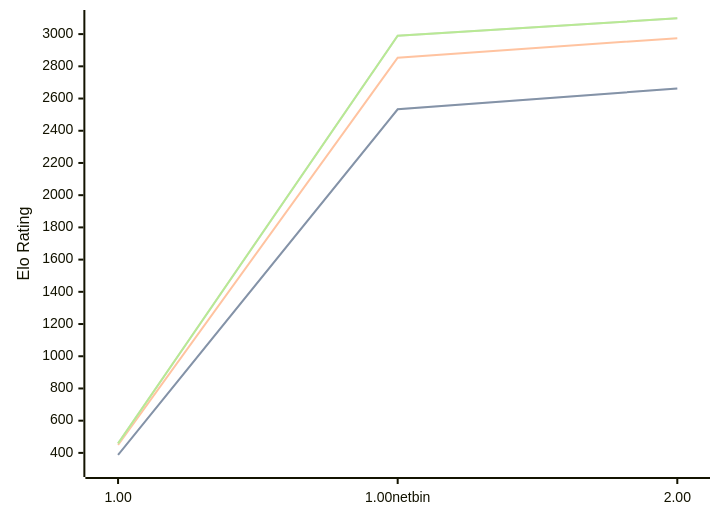
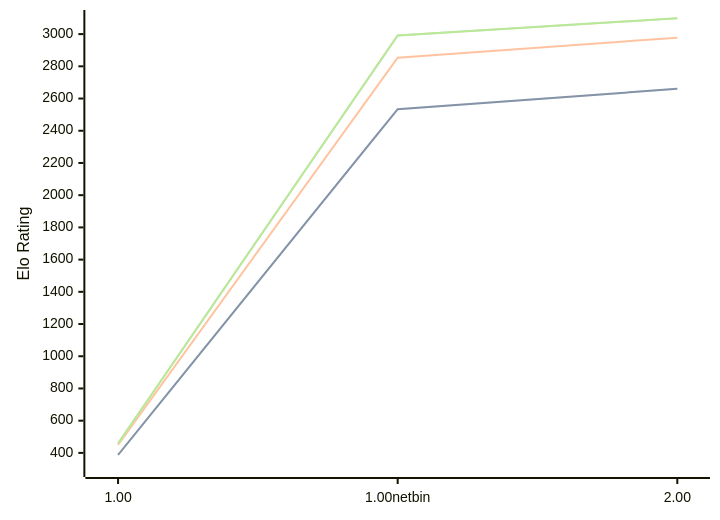
One commit to computer-chess-index/cci changed the third of 3 diagrams in engines/Gilipol.md. Above: the diagram before and after it, drawn with Mermaid. The commit also changed other lines of this file, not shown here.

Commit message:
Update CCI Ratings (ELO VLTC) - 2026-06-22

````diff
--- a/engines/Gilipol.md
+++ b/engines/Gilipol.md
@@ -66,11 +66,11 @@
 ```mermaid
 %%{init: {"theme":"base","themeVariables":{"seriesColors:['#a3a3a3','#222221','#faa371']}}}%%
 xychart-beta
   x-axis ["1.00", "1.00netbin", "2.00"]
   y-axis "Elo Rating" 300 --> 3100
-  line "STC (8.0+0.08s)" [387, 2533, 2662]
-  line "STC (8.0+0.08s)" [387, 2533, 2662]
-  line "LTC (60.0+0.60s)" [450, 2853, 2975]
-  line "VLTC (2m24s+1.12s)" [459, 2990, 3098]
-  line "VLTC (2m24s+1.12s)" [459, 2990, 3098]
+  line "STC (8.0+0.08s)" [387, 2534, 2660]
+  line "STC (8.0+0.08s)" [387, 2534, 2660]
+  line "LTC (60.0+0.60s)" [450, 2853, 2978]
+  line "VLTC (2m24s+1.12s)" [459, 2992, 3098]
+  line "VLTC (2m24s+1.12s)" [459, 2992, 3098]
 ```
````
